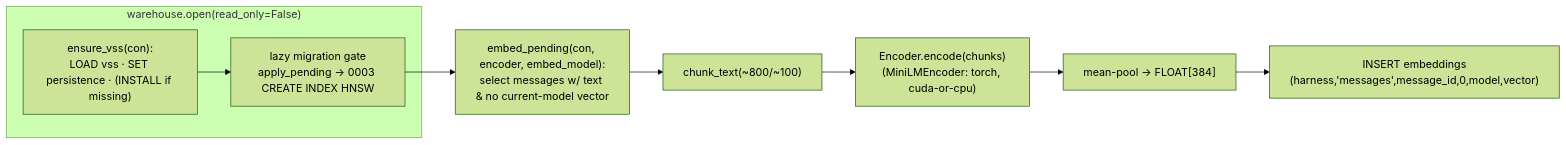
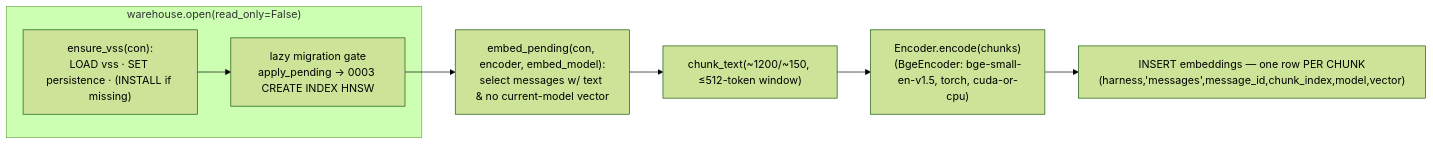
One commit to Texarkanine/stockroom changed the first of 2 diagrams in memory-bank/active/tasks.md. Above: the diagram before and after it, drawn with Mermaid (forest theme). The commit also changed other lines of this file and 6 other files, not shown here.

First line of the commit message:
docs(p2-m1): amend embedding plan — per-chunk storage + bge-small-en-v1.5

````diff
--- a/memory-bank/active/tasks.md
+++ b/memory-bank/active/tasks.md
@@ -18,14 +18,13 @@
 ```mermaid
 flowchart LR
     subgraph chokepoint["warehouse.open(read_only=False)"]
         EV["ensure_vss(con):<br/>LOAD vss · SET persistence · (INSTALL if missing)"]
         GATE["lazy migration gate<br/>apply_pending → 0003 CREATE INDEX HNSW"]
     end
     SEL["embed_pending(con, encoder, embed_model):<br/>select messages w/ text & no current-model vector"]
-    CHUNK["chunk_text(~800/~100)"]
-    ENC["Encoder.encode(chunks)<br/>(MiniLMEncoder: torch, cuda-or-cpu)"]
-    POOL["mean-pool → FLOAT[384]"]
-    WRITE["INSERT embeddings<br/>(harness,'messages',message_id,0,model,vector)"]
+    CHUNK["chunk_text(~1200/~150, ≤512-token window)"]
+    ENC["Encoder.encode(chunks)<br/>(BgeEncoder: bge-small-en-v1.5, torch, cuda-or-cpu)"]
+    WRITE["INSERT embeddings — one row PER CHUNK<br/>(harness,'messages',message_id,chunk_index,model,vector)"]
 
-    EV --> GATE --> SEL --> CHUNK --> ENC --> POOL --> WRITE
+    EV --> GATE --> SEL --> CHUNK --> ENC --> WRITE
 ```
````
